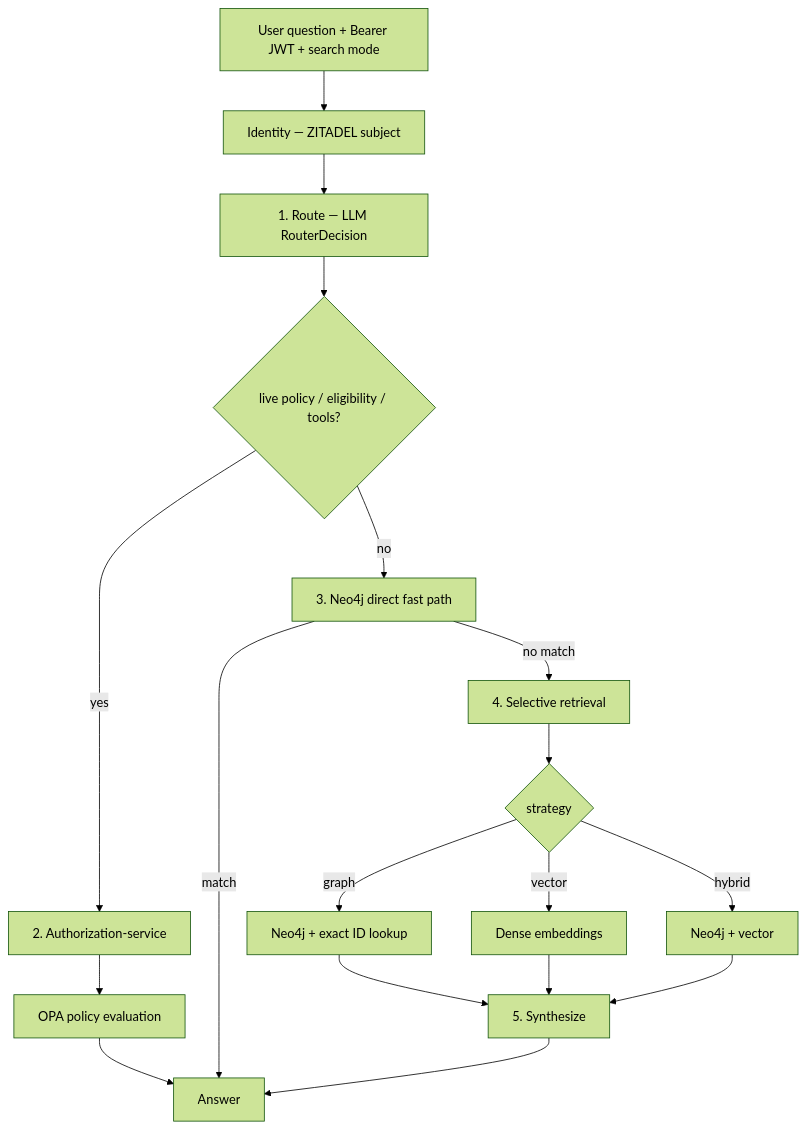
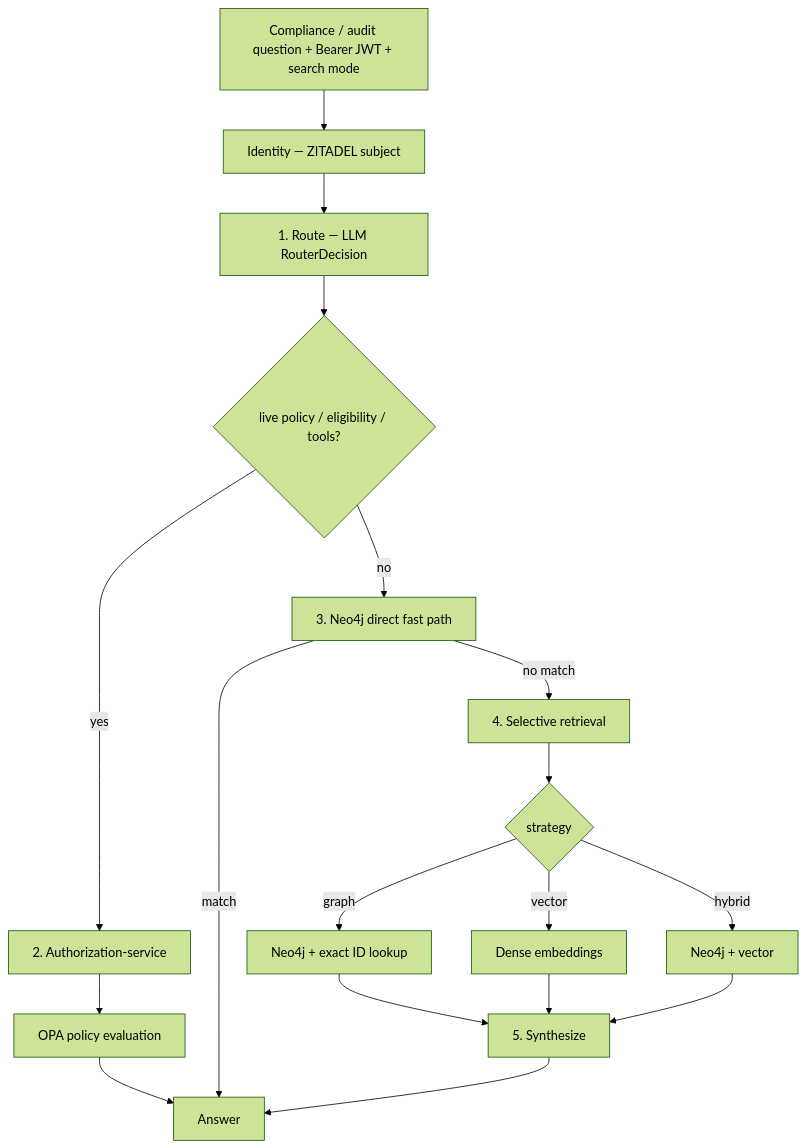
One commit to sanjuthomas/policy-pilot changed the first of 2 diagrams in docs/intent-determination.md. Above: the diagram before and after it, drawn with Mermaid (forest theme). The commit also changed other lines of this file and 1 other file, not shown here.

First line of the commit message:
Split end-to-end chat flow diagrams by persona.

````diff
--- a/docs/intent-determination.md
+++ b/docs/intent-determination.md
@@ -34,20 +38,20 @@
 ```mermaid
 flowchart TD
-    Q["User question + Bearer JWT + search mode"] --> ID[Identity — ZITADEL subject]
+    Q["Compliance / audit question + Bearer JWT + search mode"] --> ID[Identity — ZITADEL subject]
     ID --> R[1. Route — LLM RouterDecision]
     R --> E{live policy / eligibility / tools?}
     E -->|yes| AZ[2. Authorization-service]
     AZ --> OPA[OPA policy evaluation]
     OPA --> A[Answer]
     E -->|no| D[3. Neo4j direct fast path]
     D -->|match| A
     D -->|no match| RET[4. Selective retrieval]
     RET --> G{strategy}
     G -->|graph| N[Neo4j + exact ID lookup]
     G -->|vector| V[Dense embeddings]
     G -->|hybrid| H[Neo4j + vector]
     N --> S[5. Synthesize]
     V --> S
     H --> S
     S --> A
 ```
````
